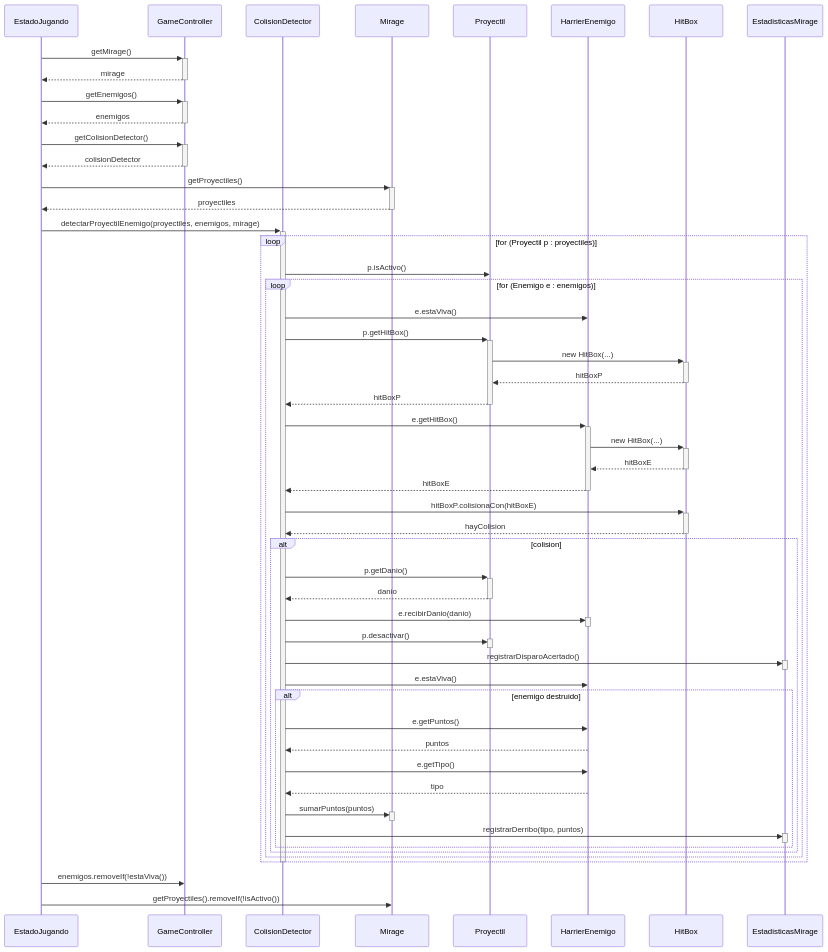
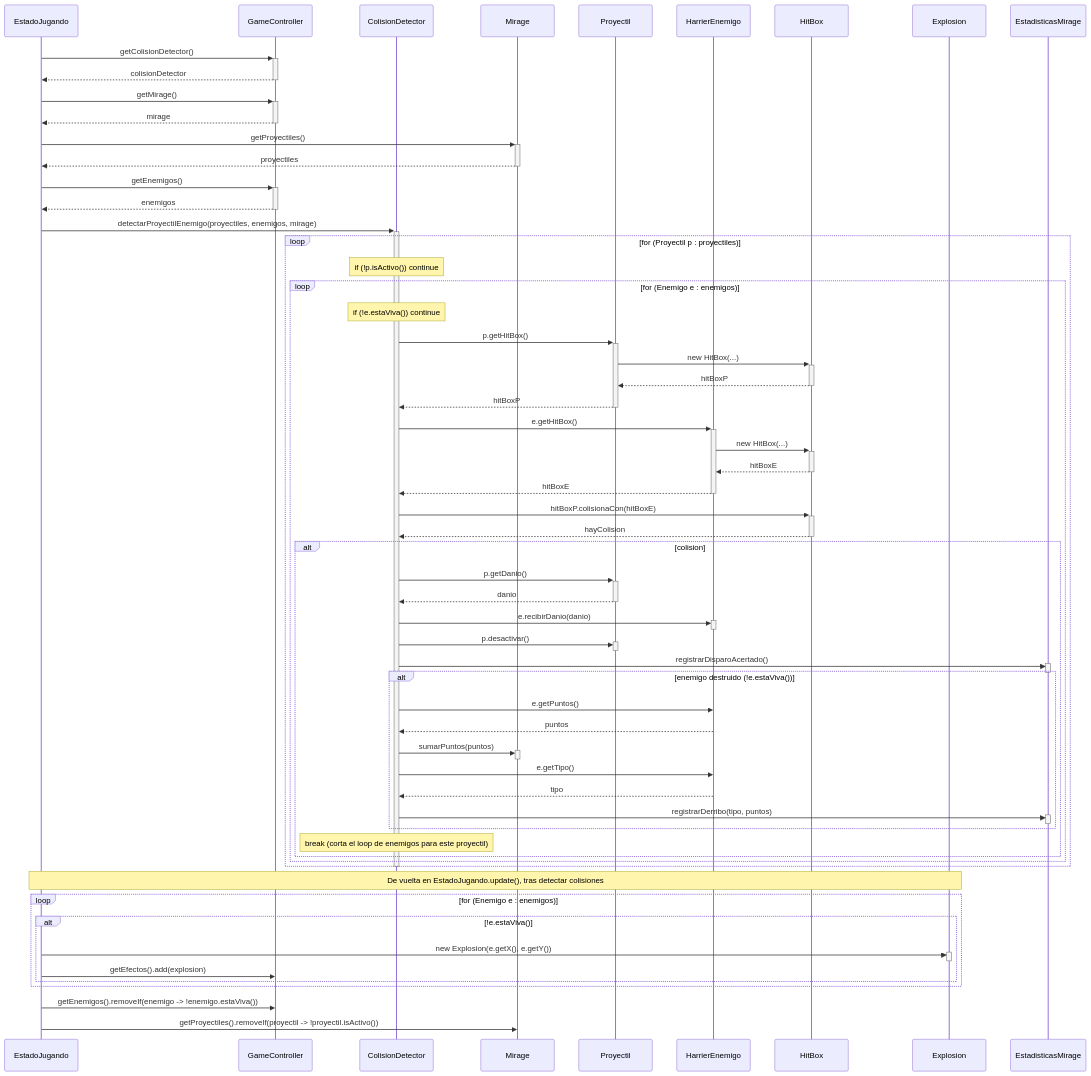
The fifth of 9 diagrams in docs/v1/analisis/casos-de-uso.md (Christian-Rojas-Rodriguez/juego-1982), drawn with Mermaid before and after one commit. The commit also changed other lines of this file and 12 other files, not shown here.

First line of the commit message:
fix+docs: sincronizar diagramas v1 con el codigo, fixes de auditoria y warnings

````diff
--- a/docs/v1/analisis/casos-de-uso.md
+++ b/docs/v1/analisis/casos-de-uso.md
@@ -160,63 +205,72 @@
 ```mermaid
 sequenceDiagram
     participant EstadoJugando
     participant GameController
     participant ColisionDetector
     participant Mirage
     participant Proyectil
     participant HarrierEnemigo
     participant HitBox
+    participant Explosion
     participant EstadisticasMirage
 
+    EstadoJugando->>+GameController: getColisionDetector()
+    GameController-->>-EstadoJugando: colisionDetector
     EstadoJugando->>+GameController: getMirage()
     GameController-->>-EstadoJugando: mirage
+    EstadoJugando->>+Mirage: getProyectiles()
+    Mirage-->>-EstadoJugando: proyectiles
     EstadoJugando->>+GameController: getEnemigos()
     GameController-->>-EstadoJugando: enemigos
-    EstadoJugando->>+GameController: getColisionDetector()
-    GameController-->>-EstadoJugando: colisionDetector
-    EstadoJugando->>+Mirage: getProyectiles()
-    Mirage-->>-EstadoJugando: proyectiles
 
     EstadoJugando->>+ColisionDetector: detectarProyectilEnemigo(proyectiles, enemigos, mirage)
     loop for (Proyectil p : proyectiles)
-        ColisionDetector->>Proyectil: p.isActivo()
+        Note over ColisionDetector: if (!p.isActivo()) continue;
         loop for (Enemigo e : enemigos)
-            ColisionDetector->>HarrierEnemigo: e.estaViva()
+            Note over ColisionDetector: if (!e.estaViva()) continue;
             ColisionDetector->>+Proyectil: p.getHitBox()
             Proyectil->>+HitBox: new HitBox(...)
             HitBox-->>-Proyectil: hitBoxP
             Proyectil-->>-ColisionDetector: hitBoxP
             ColisionDetector->>+HarrierEnemigo: e.getHitBox()
             HarrierEnemigo->>+HitBox: new HitBox(...)
             HitBox-->>-HarrierEnemigo: hitBoxE
             HarrierEnemigo-->>-ColisionDetector: hitBoxE
             ColisionDetector->>+HitBox: hitBoxP.colisionaCon(hitBoxE)
             HitBox-->>-ColisionDetector: hayColision
             alt colision
                 ColisionDetector->>+Proyectil: p.getDanio()
                 Proyectil-->>-ColisionDetector: danio
                 ColisionDetector->>+HarrierEnemigo: e.recibirDanio(danio)
                 deactivate HarrierEnemigo
                 ColisionDetector->>+Proyectil: p.desactivar()
                 deactivate Proyectil
                 ColisionDetector->>+EstadisticasMirage: registrarDisparoAcertado()
                 deactivate EstadisticasMirage
-                ColisionDetector->>HarrierEnemigo: e.estaViva()
-                alt enemigo destruido
+                alt enemigo destruido (!e.estaViva())
                     ColisionDetector->>HarrierEnemigo: e.getPuntos()
                     HarrierEnemigo-->>ColisionDetector: puntos
+                    ColisionDetector->>+Mirage: sumarPuntos(puntos)
+                    deactivate Mirage
                     ColisionDetector->>HarrierEnemigo: e.getTipo()
                     HarrierEnemigo-->>ColisionDetector: tipo
-                    ColisionDetector->>+Mirage: sumarPuntos(puntos)
-                    deactivate Mirage
                     ColisionDetector->>+EstadisticasMirage: registrarDerribo(tipo, puntos)
                     deactivate EstadisticasMirage
                 end
+                Note over ColisionDetector: break (corta el loop de enemigos para este proyectil)
             end
         end
     end
     deactivate ColisionDetector
 
-    EstadoJugando->>GameController: enemigos.removeIf(!estaViva())
-    EstadoJugando->>Mirage: getProyectiles().removeIf(!isActivo())
+    Note over EstadoJugando,Explosion: De vuelta en EstadoJugando.update(), tras detectar colisiones
+    loop for (Enemigo e : enemigos)
+        alt !e.estaViva()
+            EstadoJugando->>+Explosion: new Explosion(e.getX(), e.getY())
+            deactivate Explosion
+            EstadoJugando->>GameController: getEfectos().add(explosion)
+        end
+    end
+    EstadoJugando->>GameController: getEnemigos().removeIf(enemigo -> !enemigo.estaViva())
+    EstadoJugando->>Mirage: getProyectiles().removeIf(proyectil -> !proyectil.isActivo())
 ```
````
